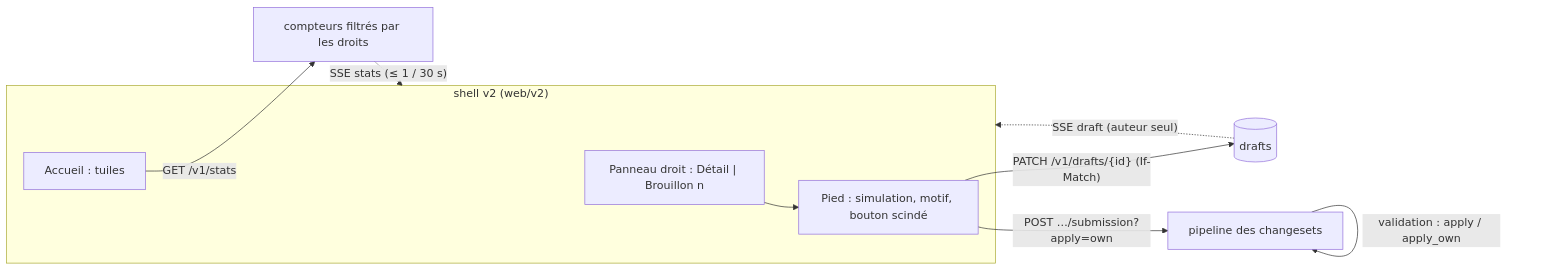
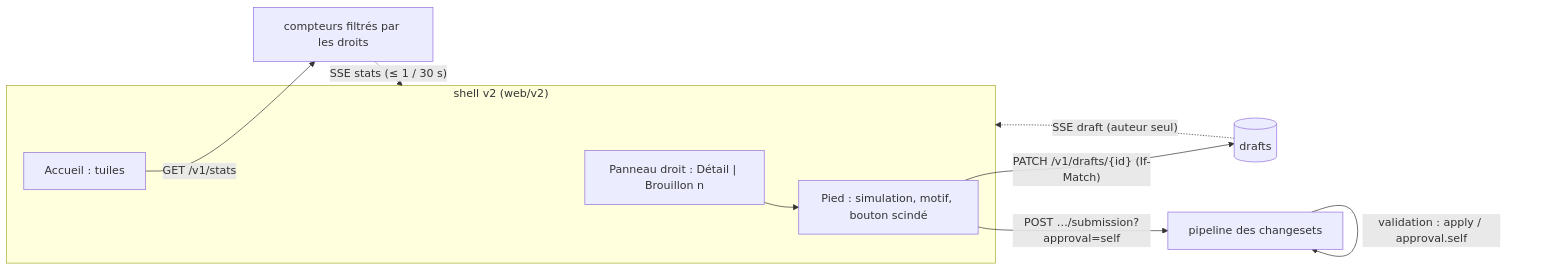
One commit to Cavernum/kartenn changed the diagram in specs/024-retours-maquettes/design.md. Above: the diagram before and after it, drawn with Mermaid. The commit also changed other lines of this file and 17 other files, not shown here.

First line of the commit message:
docs(spec): approval.self replaces apply_own

````diff
--- a/specs/024-retours-maquettes/design.md
+++ b/specs/024-retours-maquettes/design.md
@@ -12,13 +12,13 @@
 ```mermaid
 flowchart LR
   subgraph Shell["shell v2 (web/v2)"]
     P["Panneau droit : Détail | Brouillon n"] --> F["Pied : simulation, motif, bouton scindé"]
     A["Accueil : tuiles"]
   end
   F -->|"PATCH /v1/drafts/{id} (If-Match)"| D[(drafts)]
-  F -->|"POST …/submission?apply=own"| C[pipeline des changesets]
+  F -->|"POST …/submission?approval=self"| C[pipeline des changesets]
   A -->|"GET /v1/stats"| S[compteurs filtrés par les droits]
-  C -->|"validation : apply / apply_own"| C
+  C -->|"validation : apply / approval.self"| C
   D -. "SSE draft (auteur seul)" .-> Shell
   S -. "SSE stats (≤ 1 / 30 s)" .-> Shell
 ```
````
